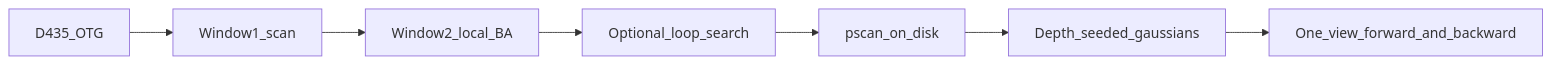
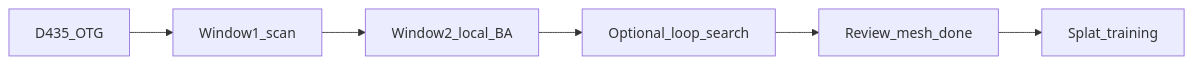
Before and after one commit to DistinctVision/pocket-scanner: the diagram in docs/plan.md, drawn with Mermaid. The commit also changed other lines of this file and 1 other file, not shown here.

````diff
--- a/docs/plan.md
+++ b/docs/plan.md
@@ -73,11 +69,10 @@
 ```mermaid
 flowchart LR
   d435[D435_OTG]
   scan[Window1_scan]
   ba[Window2_local_BA]
   loops[Optional_loop_search]
-  pack[pscan_on_disk]
-  seed[Depth_seeded_gaussians]
-  train[One_view_forward_and_backward]
-  d435 --> scan --> ba --> loops --> pack --> seed --> train
+  mesh[Review_mesh_done]
+  train[Splat_training]
+  d435 --> scan --> ba --> loops --> mesh --> train
 ```
````
